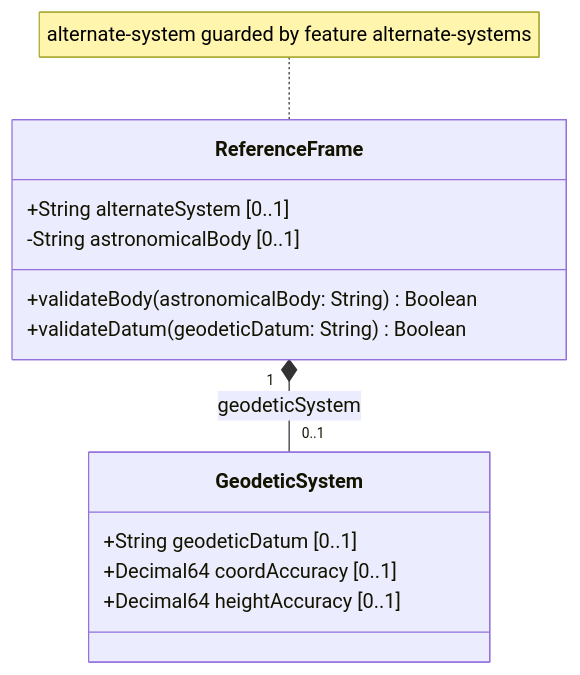
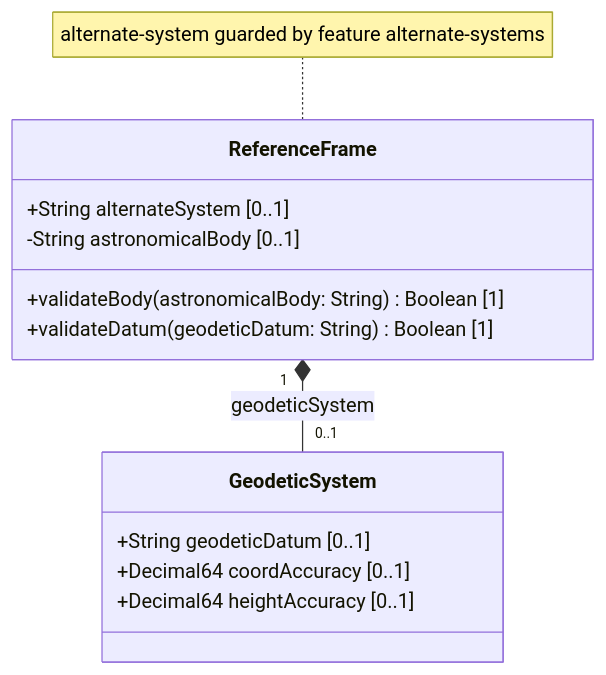
One commit to gintatkinson/3dgs-028 changed the diagram in docs/features/feat-02-reference-frame.md. Above: the diagram before and after it, drawn with Mermaid. The commit also changed 1 other file, not shown here.

Commit message:
docs: add auxiliary classifiers and method multiplicities to feature class diagrams

````diff
--- a/docs/features/feat-02-reference-frame.md
+++ b/docs/features/feat-02-reference-frame.md
@@ -22,16 +22,16 @@
 ```mermaid
 classDiagram
     class ReferenceFrame {
         +String alternateSystem [0..1]
         -String astronomicalBody [0..1]
-        +validateBody(astronomicalBody: String) Boolean
-        +validateDatum(geodeticDatum: String) Boolean
+        +validateBody(astronomicalBody: String) Boolean [1]
+        +validateDatum(geodeticDatum: String) Boolean [1]
     }
     class GeodeticSystem {
         +String geodeticDatum [0..1]
         +Decimal64 coordAccuracy [0..1]
         +Decimal64 heightAccuracy [0..1]
     }
     ReferenceFrame "1" *-- "0..1" GeodeticSystem : geodeticSystem
     note for ReferenceFrame "alternate-system guarded by feature alternate-systems"
 ```
````
